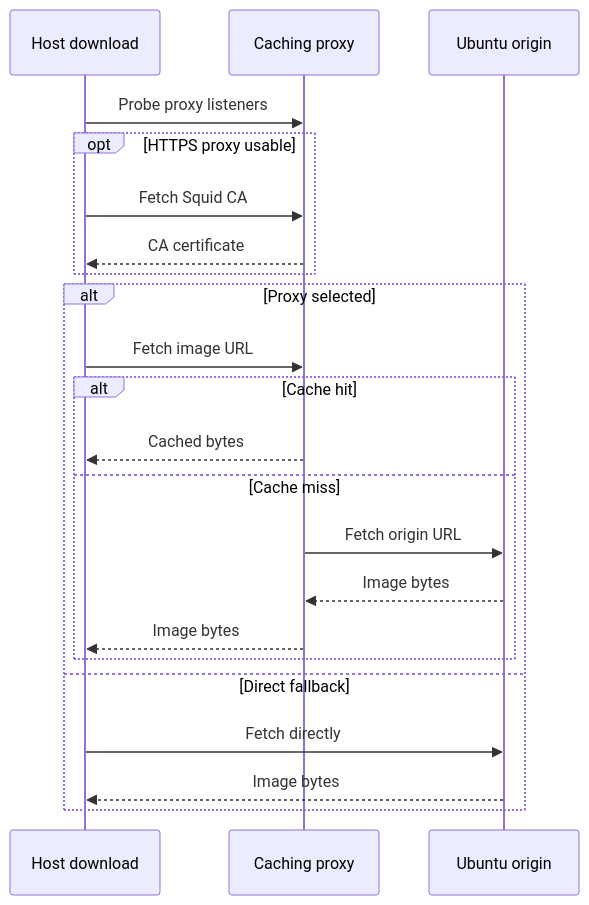
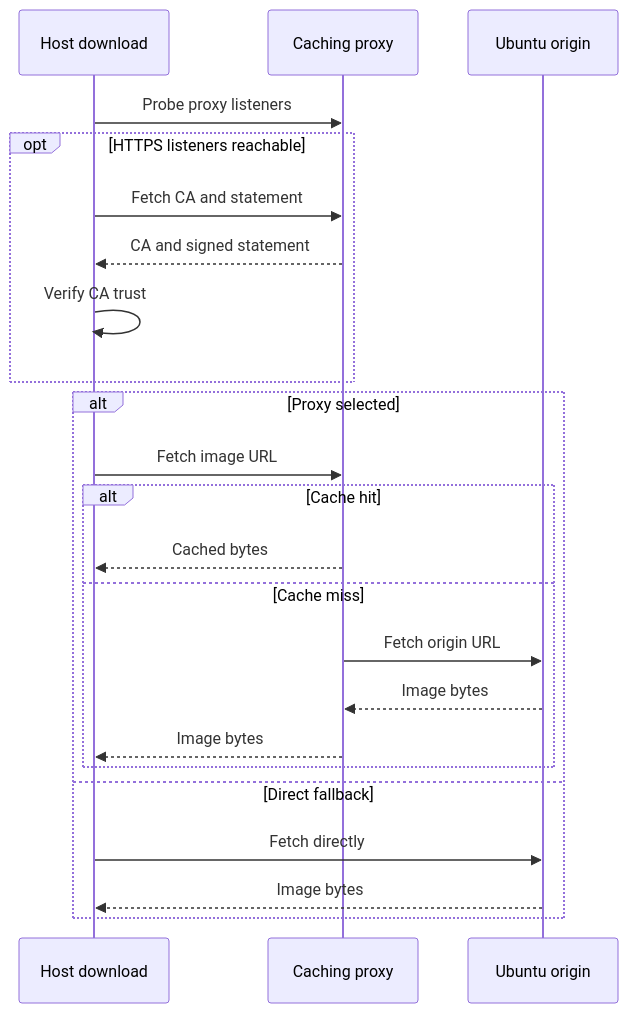
The tenth of 16 diagrams in docs/design/03-data-flows.md (alissonsol/yuruna), drawn with Mermaid before and after one commit. The commit also changed other lines of this file and 2042 other files, not shown here.

````diff
--- a/docs/design/03-data-flows.md
+++ b/docs/design/03-data-flows.md
@@ -383,24 +439,25 @@
 ```mermaid
 sequenceDiagram
     participant yuruna-host-download-psm1 as Host download
     participant caching-proxy-service as Caching proxy
     participant cloud-images-ubuntu-com as Ubuntu origin
     yuruna-host-download-psm1->>caching-proxy-service: Probe proxy listeners
-    opt HTTPS proxy usable
-        yuruna-host-download-psm1->>caching-proxy-service: Fetch Squid CA
-        caching-proxy-service-->>yuruna-host-download-psm1: CA certificate
+    opt HTTPS listeners reachable
+        yuruna-host-download-psm1->>caching-proxy-service: Fetch CA and statement
+        caching-proxy-service-->>yuruna-host-download-psm1: CA and signed statement
+        yuruna-host-download-psm1->>yuruna-host-download-psm1: Verify CA trust
     end
     alt Proxy selected
         yuruna-host-download-psm1->>caching-proxy-service: Fetch image URL
         alt Cache hit
             caching-proxy-service-->>yuruna-host-download-psm1: Cached bytes
         else Cache miss
             caching-proxy-service->>cloud-images-ubuntu-com: Fetch origin URL
             cloud-images-ubuntu-com-->>caching-proxy-service: Image bytes
             caching-proxy-service-->>yuruna-host-download-psm1: Image bytes
         end
     else Direct fallback
         yuruna-host-download-psm1->>cloud-images-ubuntu-com: Fetch directly
         cloud-images-ubuntu-com-->>yuruna-host-download-psm1: Image bytes
     end
 ```
````
